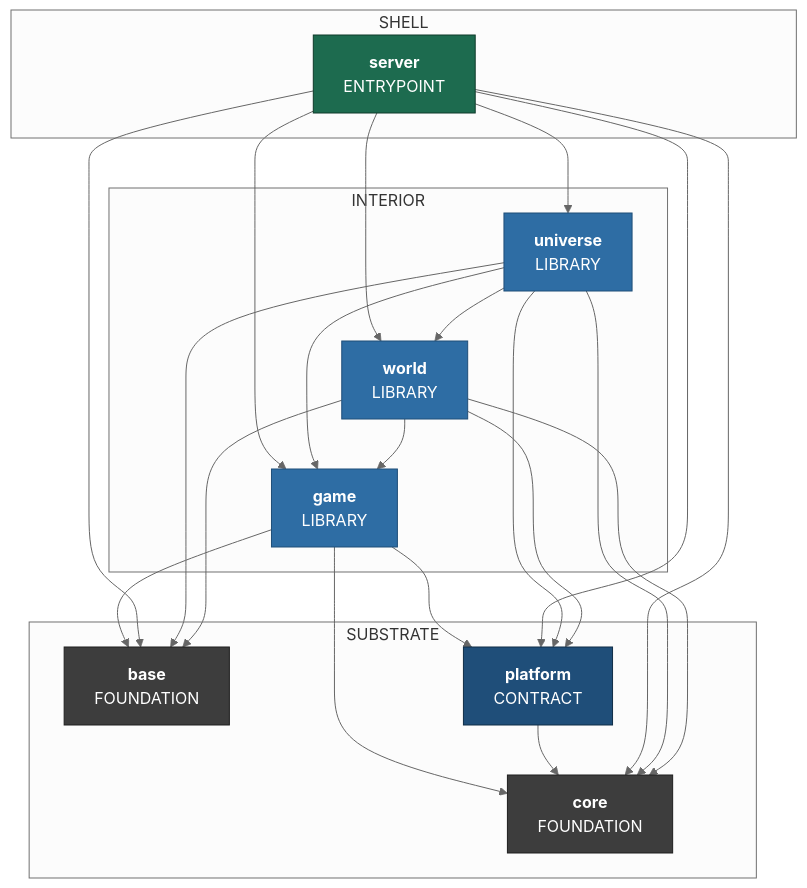
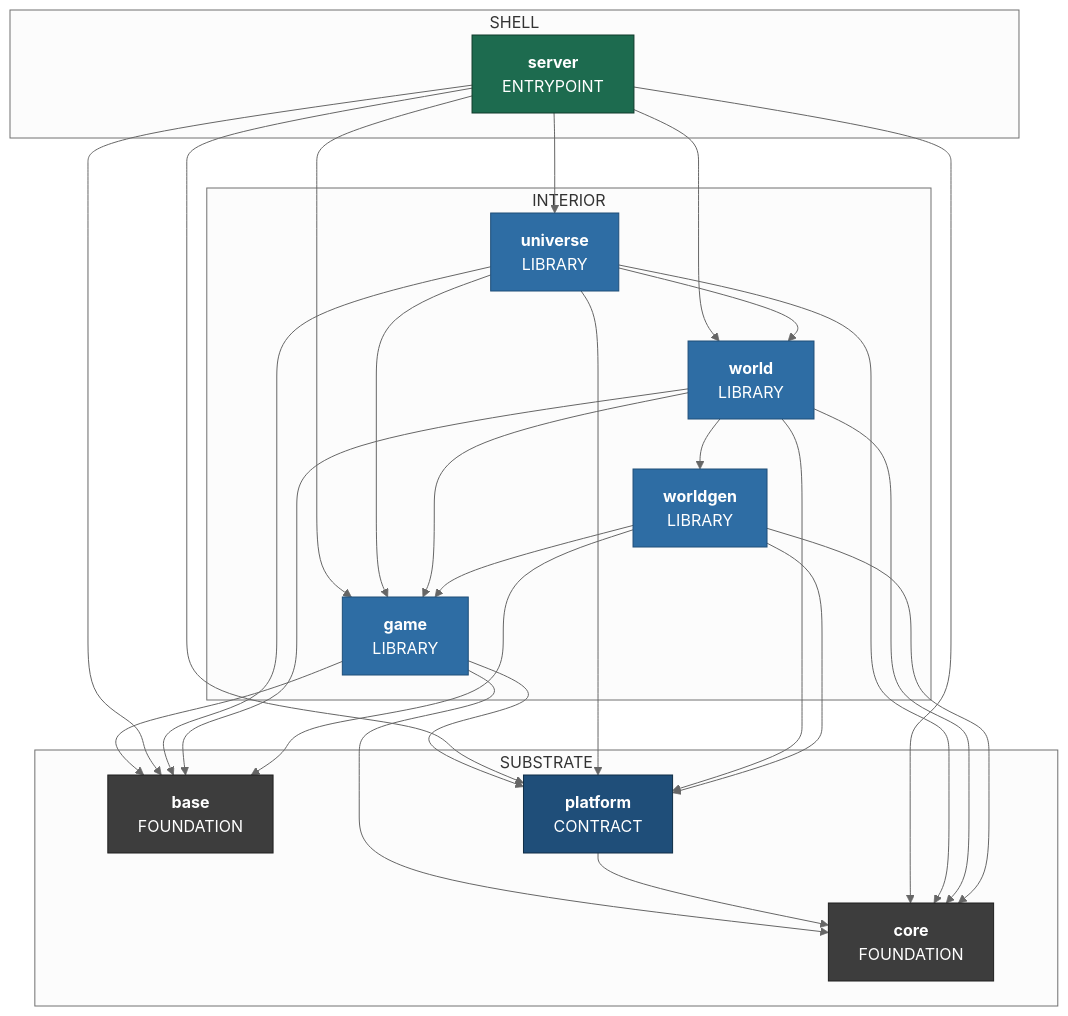
Before and after one commit to apnex/OpenStarbound: the eighth of 9 diagrams in docs/superpowers/specs/2026-08-01-sovereign-headless-client-design.md, drawn with Mermaid (neutral theme). The commit also changed other lines of this file and 2 other files, not shown here.

````diff
--- a/docs/superpowers/specs/2026-08-01-sovereign-headless-client-design.md
+++ b/docs/superpowers/specs/2026-08-01-sovereign-headless-client-design.md
@@ -1325,45 +1437,51 @@
 ```mermaid
 %% composition: server
 flowchart TD
   subgraph Z_SUBSTRATE ["SUBSTRATE"]
     base["<b>base</b><br/>FOUNDATION"]
     core["<b>core</b><br/>FOUNDATION"]
     platform["<b>platform</b><br/>CONTRACT"]
   end
   subgraph Z_INTERIOR ["INTERIOR"]
     game["<b>game</b><br/>LIBRARY"]
     universe["<b>universe</b><br/>LIBRARY"]
     world["<b>world</b><br/>LIBRARY"]
+    worldgen["<b>worldgen</b><br/>LIBRARY"]
   end
   subgraph Z_SHELL ["SHELL"]
     server["<b>server</b><br/>ENTRYPOINT"]
   end
   game --> base
   game --> core
   game --> platform
   platform --> core
   server --> base
   server --> core
   server --> game
   server --> platform
   server --> universe
   server --> world
   universe --> base
   universe --> core
   universe --> game
   universe --> platform
   universe --> world
   world --> base
   world --> core
   world --> game
   world --> platform
+  world --> worldgen
+  worldgen --> base
+  worldgen --> core
+  worldgen --> game
+  worldgen --> platform
   classDef kFoundation fill:#3d3d3d,stroke:#1f1f1f,color:#fff
   classDef kContract fill:#1f4e79,stroke:#0f2d46,color:#fff
   classDef kBackend fill:#7a3e9d,stroke:#4d2763,color:#fff
   classDef kLibrary fill:#2e6da4,stroke:#1f4e79,color:#fff
   classDef kEntrypoint fill:#1d6b4f,stroke:#0e3a2a,color:#fff
   class base,core kFoundation
   class platform kContract
-  class game,universe,world kLibrary
+  class game,universe,world,worldgen kLibrary
   class server kEntrypoint
 ```
````
